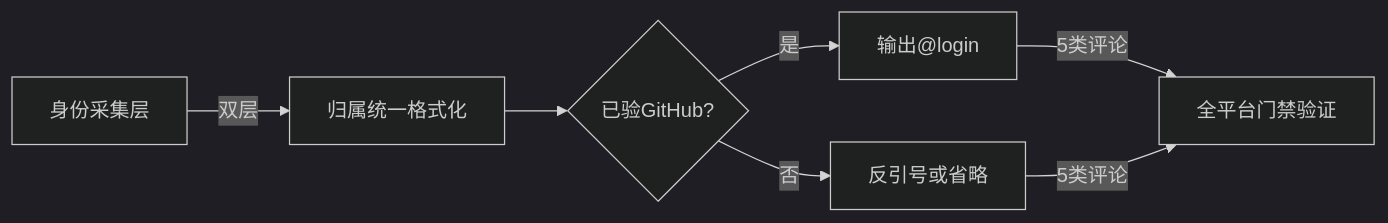
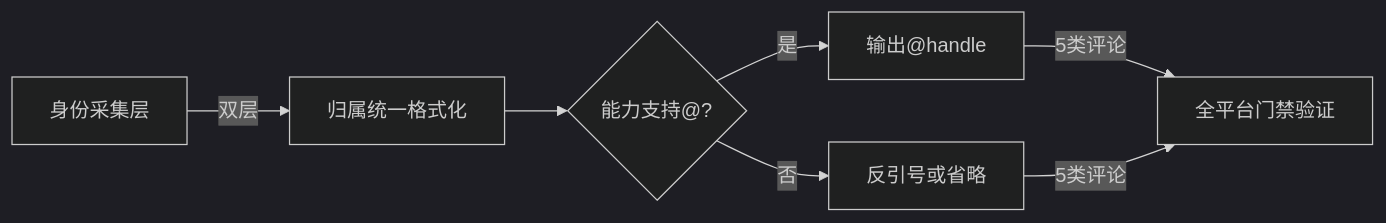
One commit to FiretrUCK666/project-forge changed the diagram in docs/specs/261120-issue108-w15-attribution-routing-spec.md. Above: the diagram before and after it, drawn with Mermaid (dark theme). The commit also changed other lines of this file and 1 other file, not shown here.

````diff
--- a/docs/specs/261120-issue108-w15-attribution-routing-spec.md
+++ b/docs/specs/261120-issue108-w15-attribution-routing-spec.md
@@ -41,9 +41,9 @@
 ```mermaid
 flowchart LR
   In["身份采集层"] -->|双层| Core["归属统一格式化"]
-  Core --> Check{"已验GitHub?"}
-  Check -->|是| At["输出@login"]
+  Core --> Check{"能力支持@?"}
+  Check -->|是| At["输出@handle"]
   Check -->|否| Tick["反引号或省略"]
   At -->|5类评论| Gate["全平台门禁验证"]
   Tick -->|5类评论| Gate
 ```
````
